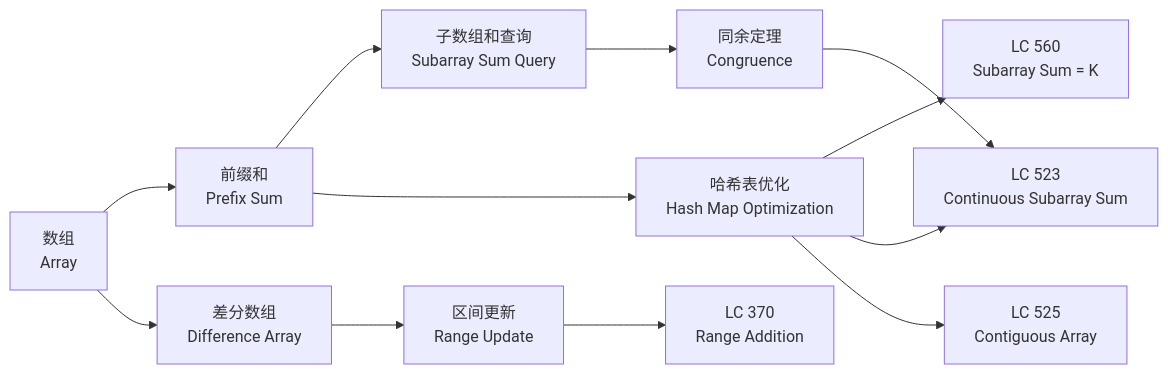
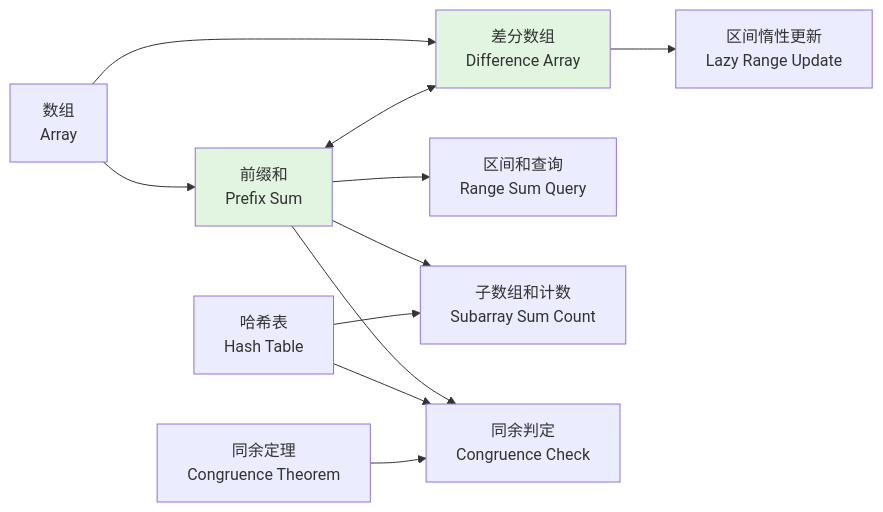
Before and after one commit to AdaMartin18010/FormalAlgorithm: the third of 5 diagrams in docs/13-LeetCode算法面试专题/02-算法范式专题/04-前缀和与差分.md, drawn with Mermaid. The commit also changed other lines of this file and 132 other files, not shown here.

````diff
--- a/docs/13-LeetCode算法面试专题/02-算法范式专题/04-前缀和与差分.md
+++ b/docs/13-LeetCode算法面试专题/02-算法范式专题/04-前缀和与差分.md
@@ -530,14 +595,16 @@
 ```mermaid
 flowchart LR
     A[数组<br/>Array] --> B[前缀和<br/>Prefix Sum]
     A --> C[差分数组<br/>Difference Array]
-    B --> D[子数组和查询<br/>Subarray Sum Query]
-    B --> E[哈希表优化<br/>Hash Map Optimization]
-    C --> F[区间更新<br/>Range Update]
-    E --> G[LC 560<br/>Subarray Sum = K]
-    E --> H[LC 523<br/>Continuous Subarray Sum]
-    E --> I[LC 525<br/>Contiguous Array]
-    F --> J[LC 370<br/>Range Addition]
-    D --> K[同余定理<br/>Congruence]
-    K --> H
+    B --> D[区间和查询<br/>Range Sum Query]
+    B --> E[子数组和计数<br/>Subarray Sum Count]
+    B --> F[同余判定<br/>Congruence Check]
+    C --> G[区间惰性更新<br/>Lazy Range Update]
+    H[哈希表<br/>Hash Table] --> E
+    H --> F
+    I[同余定理<br/>Congruence Theorem] --> F
+    B <--> C
+
+    style B fill:#e1f5e1
+    style C fill:#e1f5e1
 ```
````
